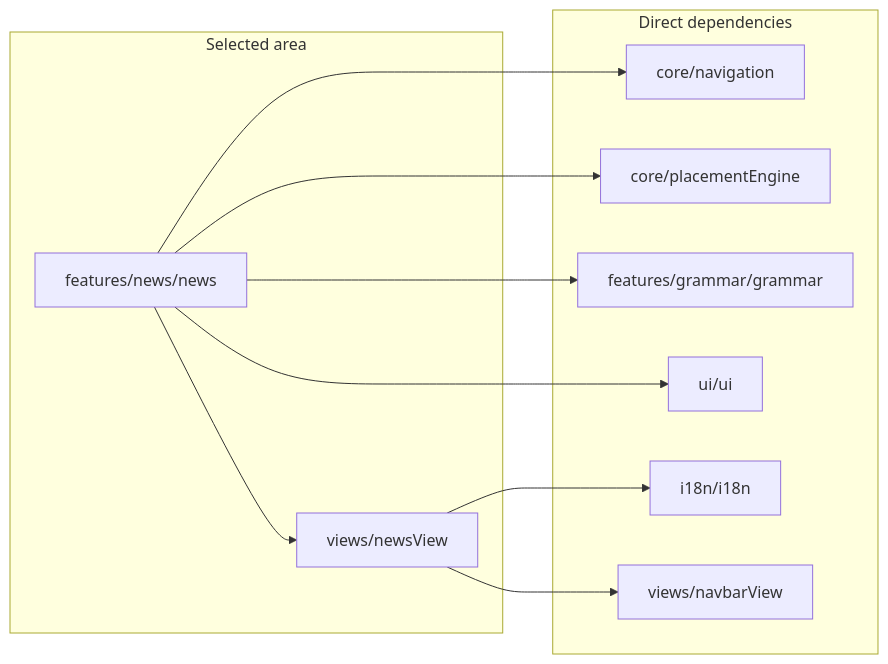
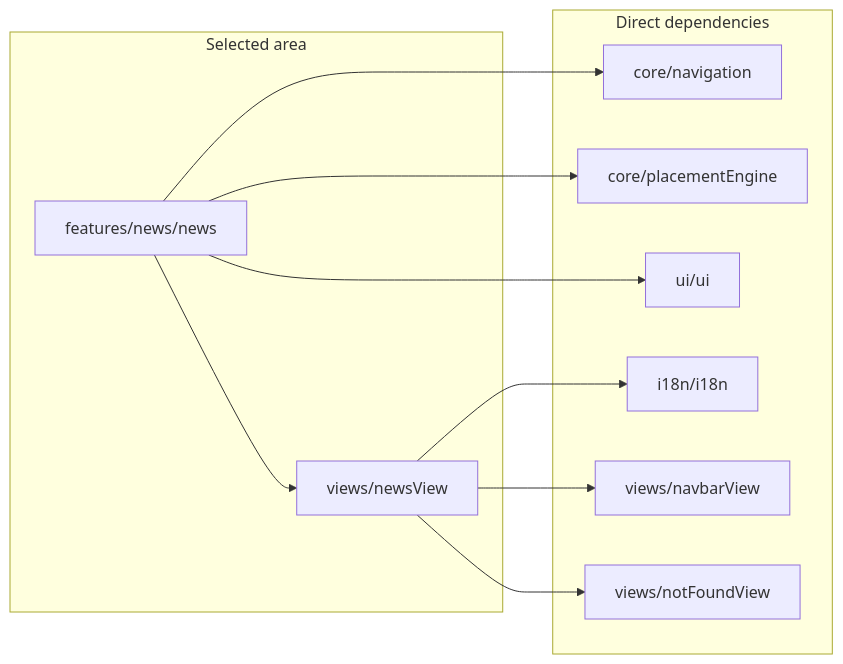
Before and after one commit to temsahak-rgb/Dino-5monde: the sixth of 12 diagrams in docs/dependency-graph.md, drawn with Mermaid. The commit also changed other lines of this file, not shown here.

Commit message:
docs: update dependency graph [skip ci]

````diff
--- a/docs/dependency-graph.md
+++ b/docs/dependency-graph.md
@@ -184,22 +188,22 @@
 ```mermaid
 flowchart LR
     subgraph S["Selected area"]
         M0["features/news/news"]
         M1["views/newsView"]
     end
     subgraph D["Direct dependencies"]
         M2["core/navigation"]
         M3["core/placementEngine"]
-        M4["features/grammar/grammar"]
-        M5["i18n/i18n"]
-        M6["ui/ui"]
-        M7["views/navbarView"]
+        M4["i18n/i18n"]
+        M5["ui/ui"]
+        M6["views/navbarView"]
+        M7["views/notFoundView"]
     end
     M0 --> M2
     M0 --> M3
-    M0 --> M4
-    M0 --> M6
+    M0 --> M5
     M0 --> M1
-    M1 --> M5
+    M1 --> M4
+    M1 --> M6
     M1 --> M7
 ```
````
